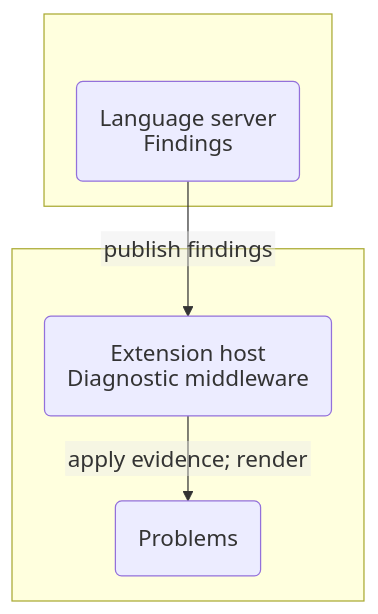
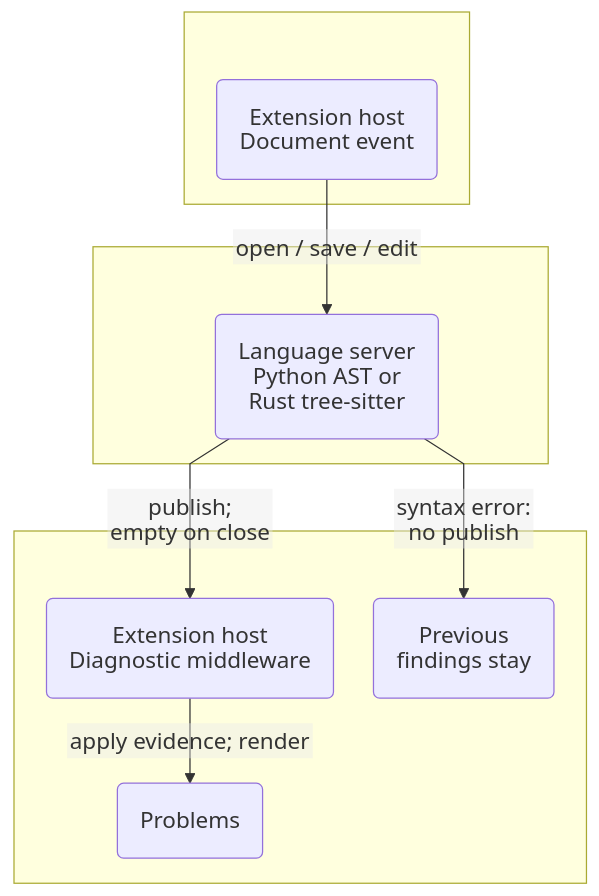
The second of 16 diagrams in docs/feature-map.md (AashishTangnami/python-memory-guardian), drawn with Mermaid before and after one commit. The commit also changed other lines of this file and 6 other files, not shown here.

Commit message:
docs: consolidate feature-map diagrams and close source/doc gaps

````diff
--- a/docs/feature-map.md
+++ b/docs/feature-map.md
@@ -77,13 +58,19 @@
 ```mermaid
 %%{init: {"fontFamily":"Arial, sans-serif","themeVariables":{"fontSize":"18px","fontFamily":"Arial, sans-serif"},"flowchart":{"curve":"linear","nodeSpacing":32,"rankSpacing":40,"diagramPadding":8,"padding":18,"subGraphTitleMargin":{"top":10,"bottom":24},"htmlLabels":false},"layout":"dagre","htmlLabels":false,"themeCSS":".node rect, .cluster rect { rx: 10px; ry: 10px; } .label, .nodeLabel, .edgeLabel, .cluster-label { letter-spacing: normal; word-spacing: normal; } .edgeLabel rect { stroke: currentColor !important; stroke-width: 1px !important; stroke-dasharray: none; opacity: 1 !important; fill-opacity: 1; rx: 4px; ry: 4px; }"}}%%
 flowchart TD
-subgraph LSP[" "]
-      Findings("Language server<br/>Findings")
+    subgraph IN[" "]
+      Event("Extension host<br/>Document event")
     end
-    subgraph EXT[" "]
-      Feedback("Extension host<br/>Diagnostic middleware")
+    subgraph LSP[" "]
+      Server("Language server<br/>Python AST or<br/>Rust tree-sitter")
+    end
+    subgraph OUT[" "]
+      MW("Extension host<br/>Diagnostic middleware")
+      Keep("Previous<br/>findings stay")
       UI("Problems")
     end
-    Findings -->|publish findings| Feedback
-    Feedback -->|apply evidence; render| UI
+    Event -->|open / save / edit| Server
+    Server -->|publish;<br/>empty on close| MW
+    Server -->|syntax error:<br/>no publish| Keep
+    MW -->|apply evidence; render| UI
 ```
````
